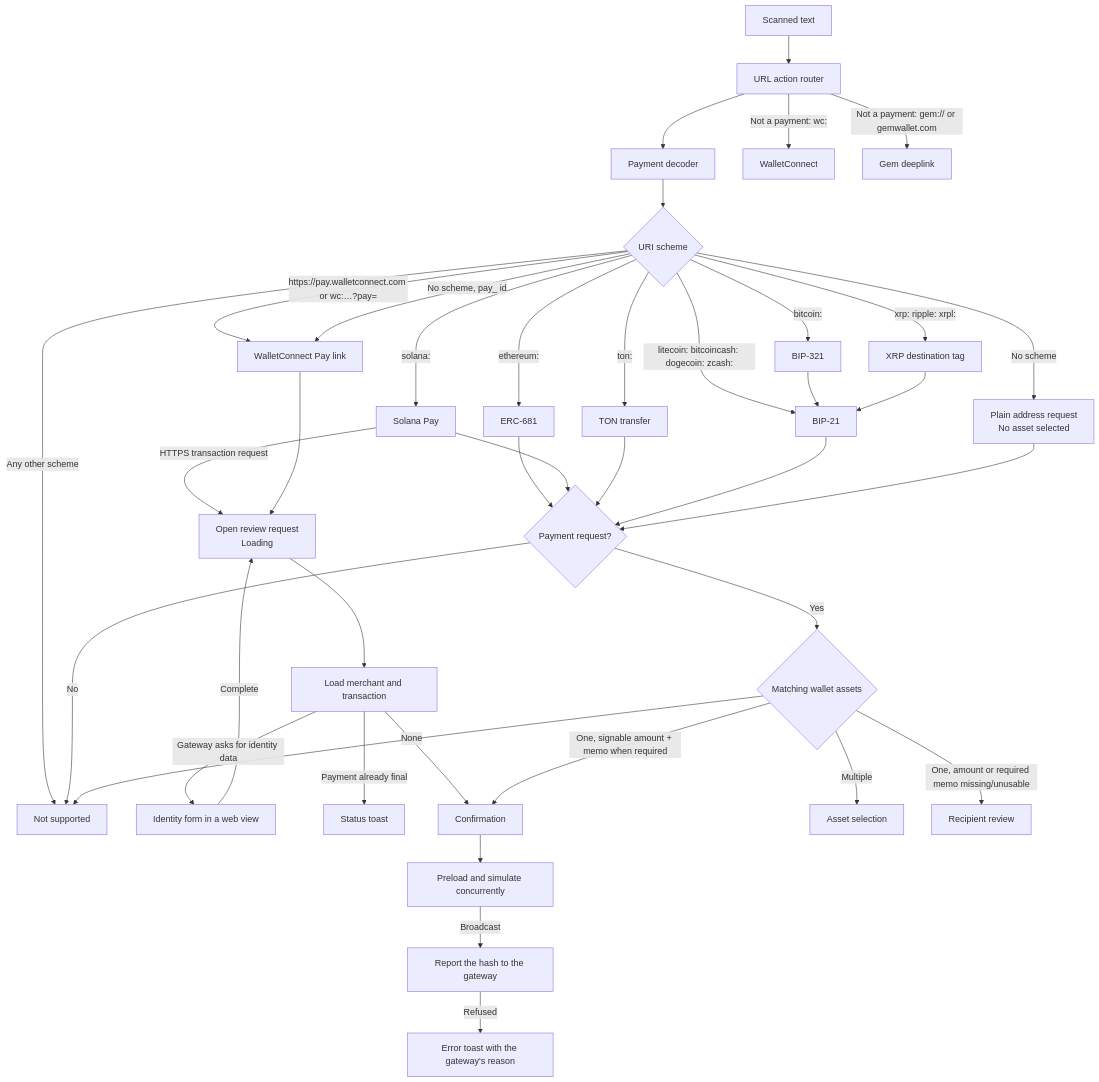
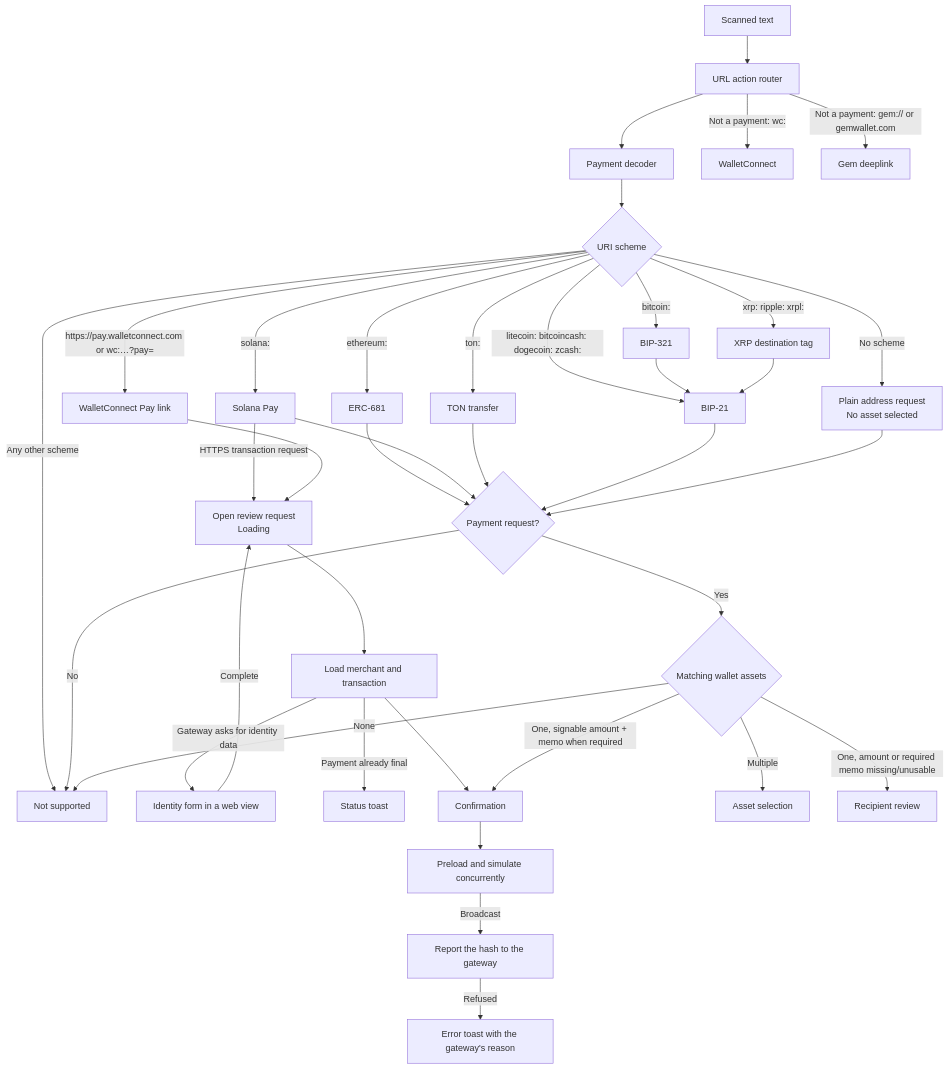
One commit to gemwalletcom/wallet changed the diagram in docs/PAYMENTS.md. Above: the diagram before and after it, drawn with Mermaid. The commit also changed other lines of this file and 8 other files, not shown here.

````diff
--- a/docs/PAYMENTS.md
+++ b/docs/PAYMENTS.md
@@ -22,37 +22,36 @@
 ```mermaid
 flowchart TD
     Scan["Scanned text"] --> Action["URL action router"]
     Action --> Decoder["Payment decoder"]
     Action -->|"Not a payment: wc:"| WalletConnect["WalletConnect"]
     Action -->|"Not a payment: gem:// or gemwallet.com"| Deeplink["Gem deeplink"]
     Decoder --> Scheme{"URI scheme"}
     Scheme -->|"https://pay.walletconnect.com or wc:…?pay="| WCPay["WalletConnect Pay link"]
-    Scheme -->|"No scheme, pay_ id"| WCPay
     Scheme -->|"ethereum:"| ERC681["ERC-681"]
     Scheme -->|"solana:"| Solana["Solana Pay"]
     Scheme -->|"ton:"| TON["TON transfer"]
     Scheme -->|"bitcoin:"| BIP321["BIP-321"]
     Scheme -->|"xrp: ripple: xrpl:"| XRP["XRP destination tag"]
     Scheme -->|"litecoin: bitcoincash: dogecoin: zcash:"| BIP21["BIP-21"]
     Scheme -->|"Any other scheme"| Reject["Not supported"]
     Scheme -->|"No scheme"| Address["Plain address request<br/>No asset selected"]
     BIP321 --> BIP21
     XRP --> BIP21
     Solana -->|"HTTPS transaction request"| PaymentReview["Open review request<br/>Loading"]
     WCPay --> PaymentReview
     PaymentReview --> Gateway["Load merchant and transaction"]
     Gateway -->|"Gateway asks for identity data"| Verify["Identity form in a web view"]
     Verify -->|"Complete"| PaymentReview
     Gateway -->|"Payment already final"| StatusToast["Status toast"]
     Gateway --> Confirm["Open confirmation"]
     Confirm --> Simulation["Preload and simulate concurrently"]
     Simulation -->|"Broadcast"| Report["Report the hash to the gateway"]
     Report -->|"Refused"| ErrorToast["Error toast with the gateway's reason"]
     ERC681 & Solana & TON & BIP21 & Address --> Request{"Payment request?"}
     Request -->|"No"| Reject["Not supported"]
     Request -->|"Yes"| Assets{"Matching wallet assets"}
     Assets -->|"None"| Reject
     Assets -->|"Multiple"| Select["Asset selection"]
     Assets -->|"One, signable amount + memo when required"| Confirm["Confirmation"]
     Assets -->|"One, amount or required memo missing/unusable"| Recipient["Recipient review"]
 ```
````
